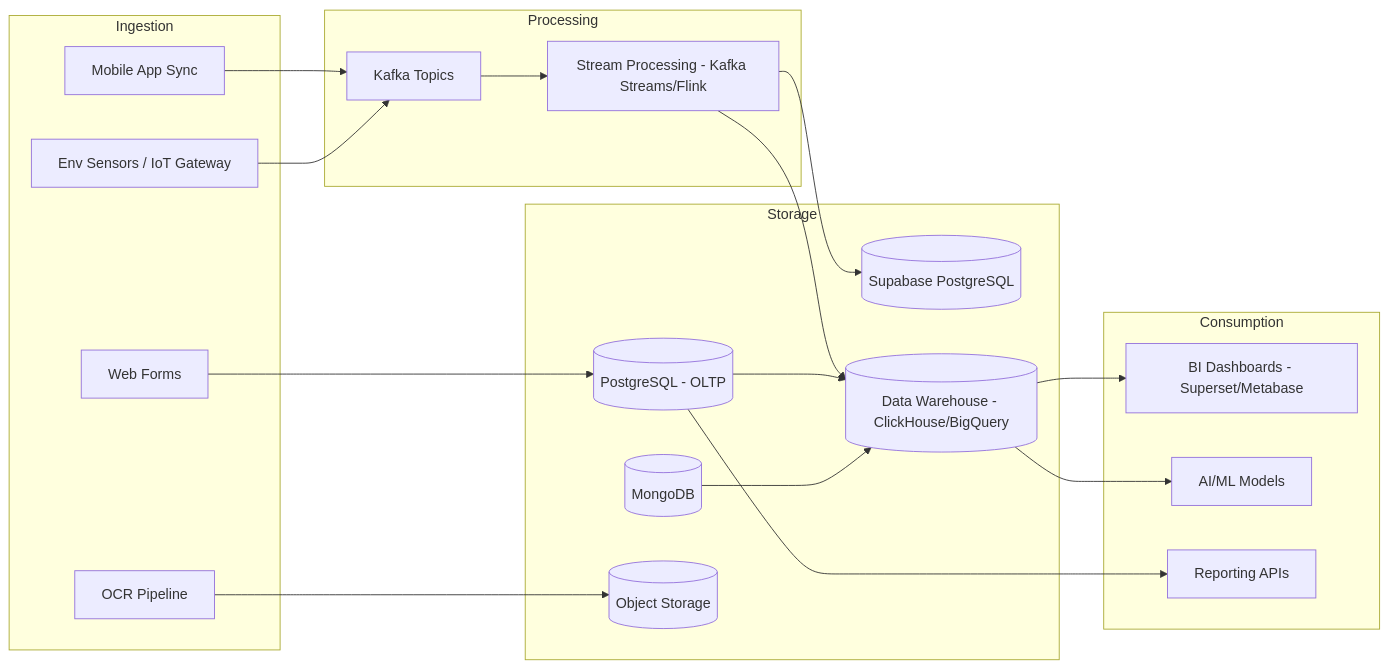
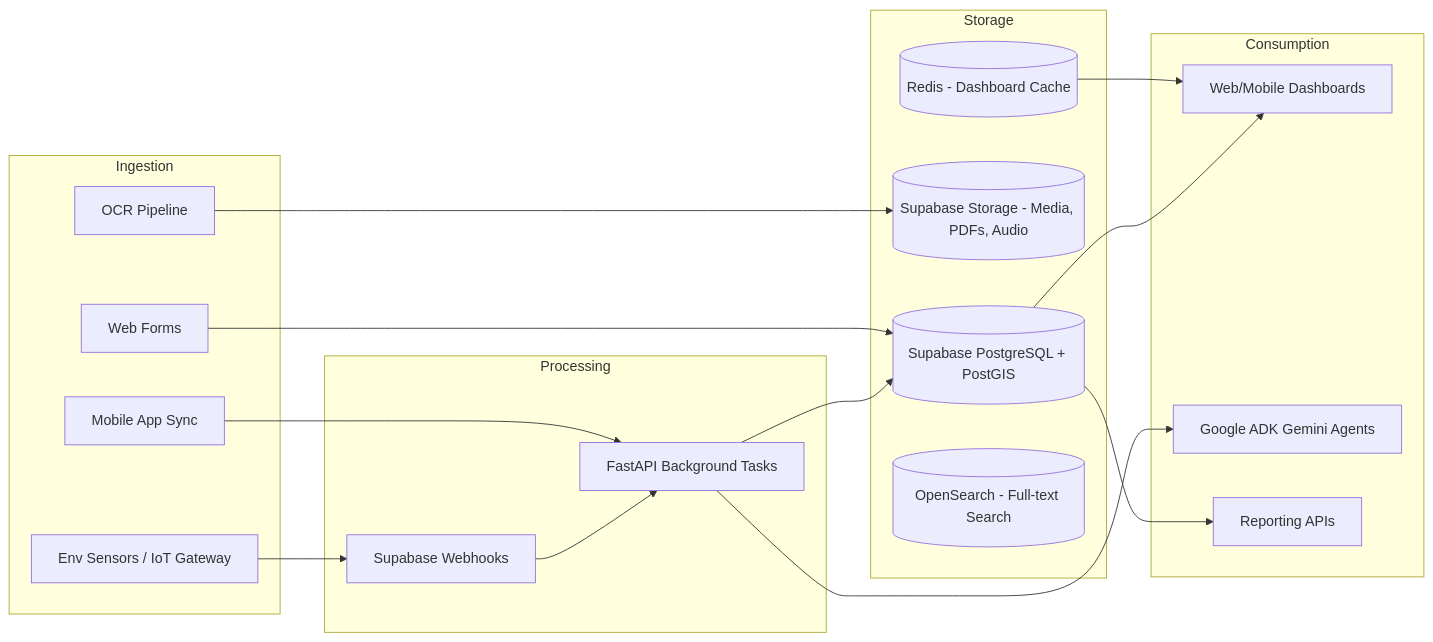
The tenth of 18 diagrams in docs/PRD.md (Coalmast/SIH2k26-1), drawn with Mermaid before and after one commit. The commit also changed other lines of this file and 25 other files, not shown here.

````diff
--- a/docs/PRD.md
+++ b/docs/PRD.md
@@ -791,36 +801,33 @@
 ```mermaid
 graph LR
     subgraph Ingestion
         MOB[Mobile App Sync]
         WEB[Web Forms]
         SENSOR[Env Sensors / IoT Gateway]
         OCRIN[OCR Pipeline]
     end
     subgraph Processing
-        KAFKA[Kafka Topics]
-        STREAM[Stream Processing - Kafka Streams/Flink]
+        WEBHOOKS[Supabase Webhooks]
+        BGTASKS[FastAPI Background Tasks]
     end
     subgraph Storage
-        PG[(PostgreSQL - OLTP)]
-        MONGO[(MongoDB)]
-        TS[(Supabase PostgreSQL)]
-        S3[(Object Storage)]
-        DWH[(Data Warehouse - ClickHouse/BigQuery)]
+        PG[(Supabase PostgreSQL + PostGIS)]
+        S3[(Supabase Storage - Media, PDFs, Audio)]
+        REDIS[(Redis - Dashboard Cache)]
+        ES[(OpenSearch - Full-text Search)]
     end
     subgraph Consumption
-        BI[BI Dashboards - Superset/Metabase]
-        AI[AI/ML Models]
+        DASH[Web/Mobile Dashboards]
+        AI[Google ADK Gemini Agents]
         API[Reporting APIs]
     end
-    MOB --> KAFKA
+    MOB --> BGTASKS
     WEB --> PG
-    SENSOR --> KAFKA
+    SENSOR --> WEBHOOKS
     OCRIN --> S3
-    KAFKA --> STREAM --> TS
-    STREAM --> DWH
-    PG --> DWH
-    MONGO --> DWH
-    DWH --> BI
-    DWH --> AI
+    WEBHOOKS --> BGTASKS --> PG
+    BGTASKS --> AI
     PG --> API
+    REDIS --> DASH
+    PG --> DASH
 ```
````
